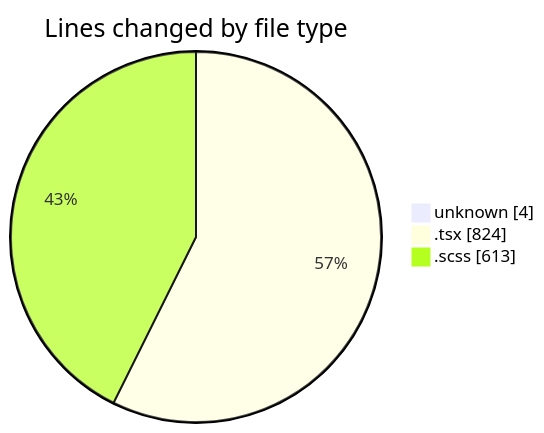
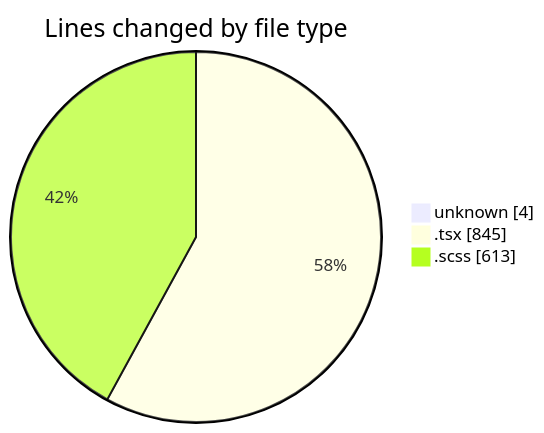
Before and after one commit to momahboobian/code-tracking: the first of 2 diagrams in 2025-02-14/cda/README.md, drawn with Mermaid. The commit also changed other lines of this file and 1 other file, not shown here.

````diff
--- a/2025-02-14/cda/README.md
+++ b/2025-02-14/cda/README.md
@@ -27,7 +27,7 @@
 ```mermaid
 pie showData
 title Lines changed by file type
 "unknown" : 4
-".tsx" : 824
+".tsx" : 845
 ".scss" : 613
 ```
````
